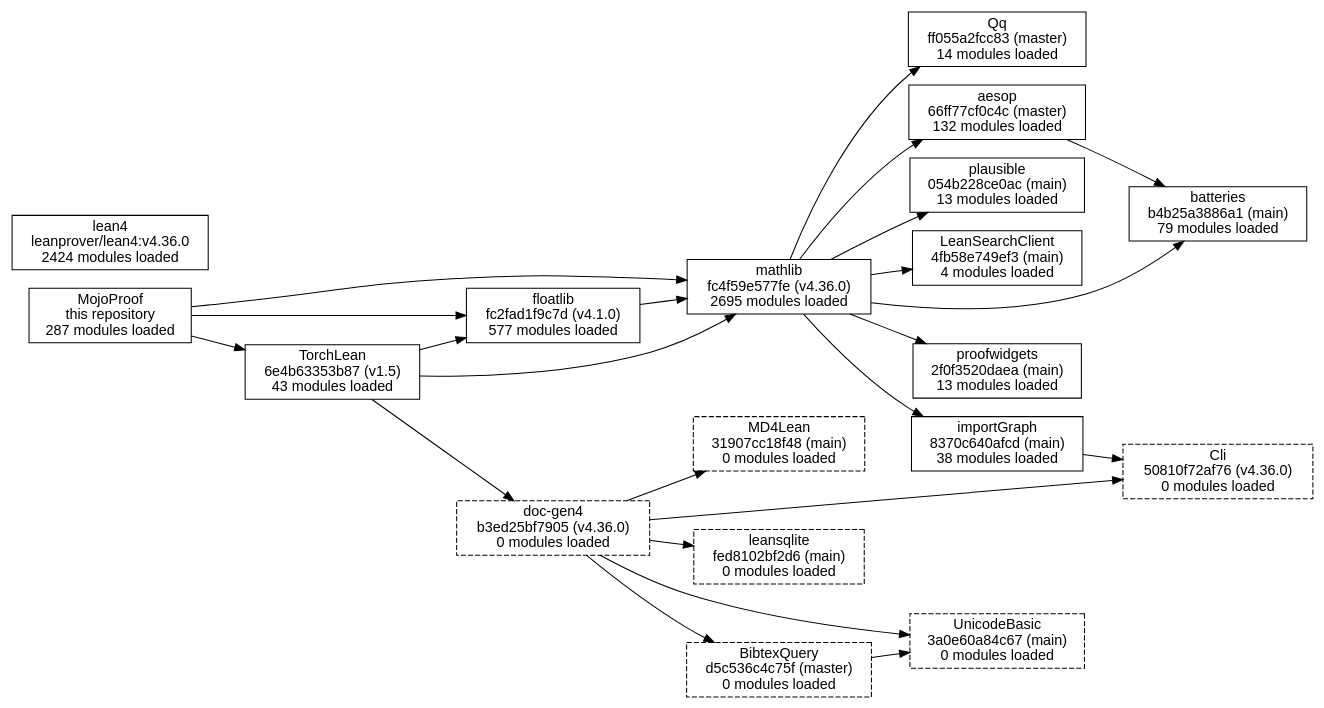
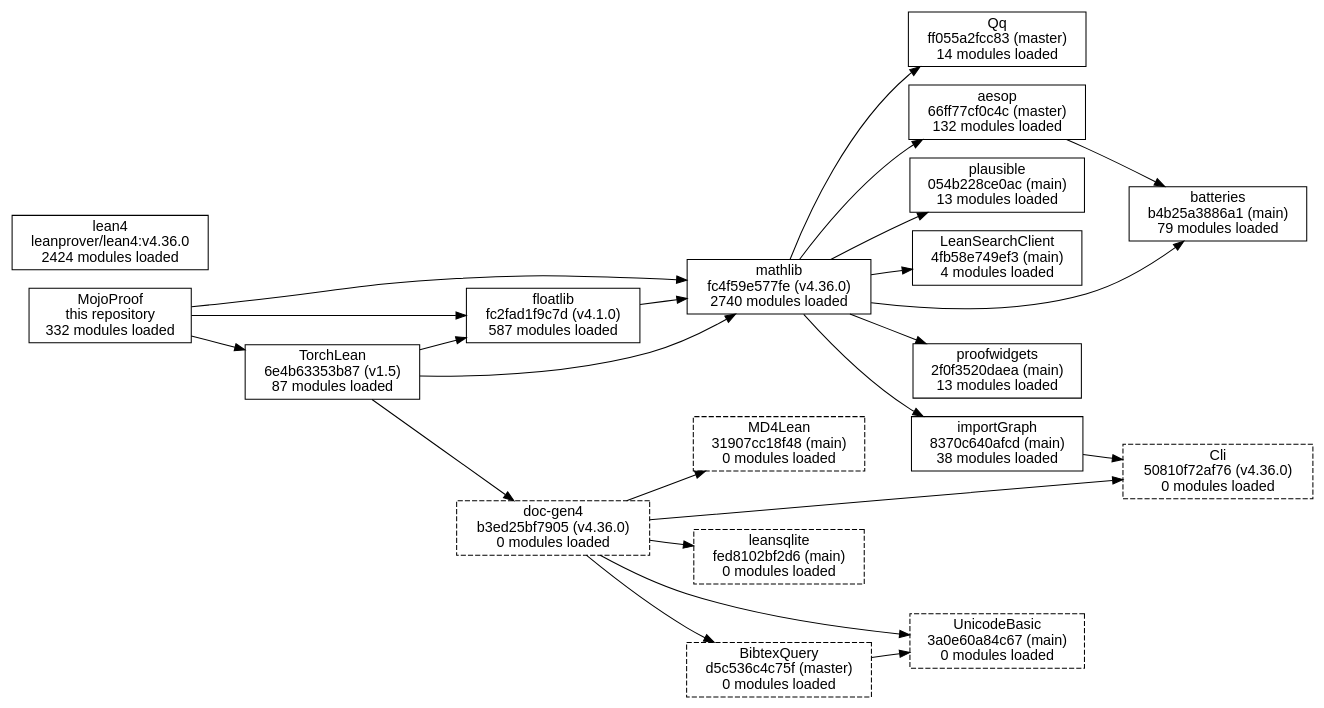
The diagram in docs/deps/packages.dot (Robertboy18/MojoProof), drawn with Graphviz before and after one commit. The commit also changed 140 other files, not shown here.

First line of the commit message:
Daily update 2026-11-26: the proofs, docs and roadmap as of dev b446366

```diff
--- a/docs/deps/packages.dot
+++ b/docs/deps/packages.dot
@@ -1,44 +1,44 @@
 digraph packages {
   rankdir=LR;
   node [shape=box, fontname="Helvetica"];
-  "MojoProof" [label="MojoProof\nthis repository\n287 modules loaded"];
-  "mathlib" [label="mathlib\nfc4f59e577fe (v4.36.0)\n2695 modules loaded"];
-  "TorchLean" [label="TorchLean\n6e4b63353b87 (v1.5)\n43 modules loaded"];
-  "floatlib" [label="floatlib\nfc2fad1f9c7d (v4.1.0)\n577 modules loaded"];
+  "MojoProof" [label="MojoProof\nthis repository\n332 modules loaded"];
+  "mathlib" [label="mathlib\nfc4f59e577fe (v4.36.0)\n2740 modules loaded"];
+  "TorchLean" [label="TorchLean\n6e4b63353b87 (v1.5)\n87 modules loaded"];
+  "floatlib" [label="floatlib\nfc2fad1f9c7d (v4.1.0)\n587 modules loaded"];
   "plausible" [label="plausible\n054b228ce0ac (main)\n13 modules loaded"];
   "LeanSearchClient" [label="LeanSearchClient\n4fb58e749ef3 (main)\n4 modules loaded"];
   "importGraph" [label="importGraph\n8370c640afcd (main)\n38 modules loaded"];
   "proofwidgets" [label="proofwidgets\n2f0f3520daea (main)\n13 modules loaded"];
   "aesop" [label="aesop\n66ff77cf0c4c (master)\n132 modules loaded"];
   "Qq" [label="Qq\nff055a2fcc83 (master)\n14 modules loaded"];
   "batteries" [label="batteries\nb4b25a3886a1 (main)\n79 modules loaded"];
   "doc-gen4" [label="doc-gen4\nb3ed25bf7905 (v4.36.0)\n0 modules loaded", style="dashed"];
   "Cli" [label="Cli\n50810f72af76 (v4.36.0)\n0 modules loaded", style="dashed"];
   "leansqlite" [label="leansqlite\nfed8102bf2d6 (main)\n0 modules loaded", style="dashed"];
   "UnicodeBasic" [label="UnicodeBasic\n3a0e60a84c67 (main)\n0 modules loaded", style="dashed"];
   "BibtexQuery" [label="BibtexQuery\nd5c536c4c75f (master)\n0 modules loaded", style="dashed"];
   "MD4Lean" [label="MD4Lean\n31907cc18f48 (main)\n0 modules loaded", style="dashed"];
   "lean4" [label="lean4\nleanprover/lean4:v4.36.0\n2424 modules loaded"];
   "BibtexQuery" -> "UnicodeBasic";
   "MojoProof" -> "TorchLean";
   "MojoProof" -> "floatlib";
   "MojoProof" -> "mathlib";
   "TorchLean" -> "doc-gen4";
   "TorchLean" -> "floatlib";
   "TorchLean" -> "mathlib";
   "aesop" -> "batteries";
   "doc-gen4" -> "BibtexQuery";
   "doc-gen4" -> "Cli";
   "doc-gen4" -> "MD4Lean";
   "doc-gen4" -> "UnicodeBasic";
   "doc-gen4" -> "leansqlite";
   "floatlib" -> "mathlib";
   "importGraph" -> "Cli";
   "mathlib" -> "LeanSearchClient";
   "mathlib" -> "Qq";
   "mathlib" -> "aesop";
   "mathlib" -> "batteries";
   "mathlib" -> "importGraph";
   "mathlib" -> "plausible";
   "mathlib" -> "proofwidgets";
 }
```
